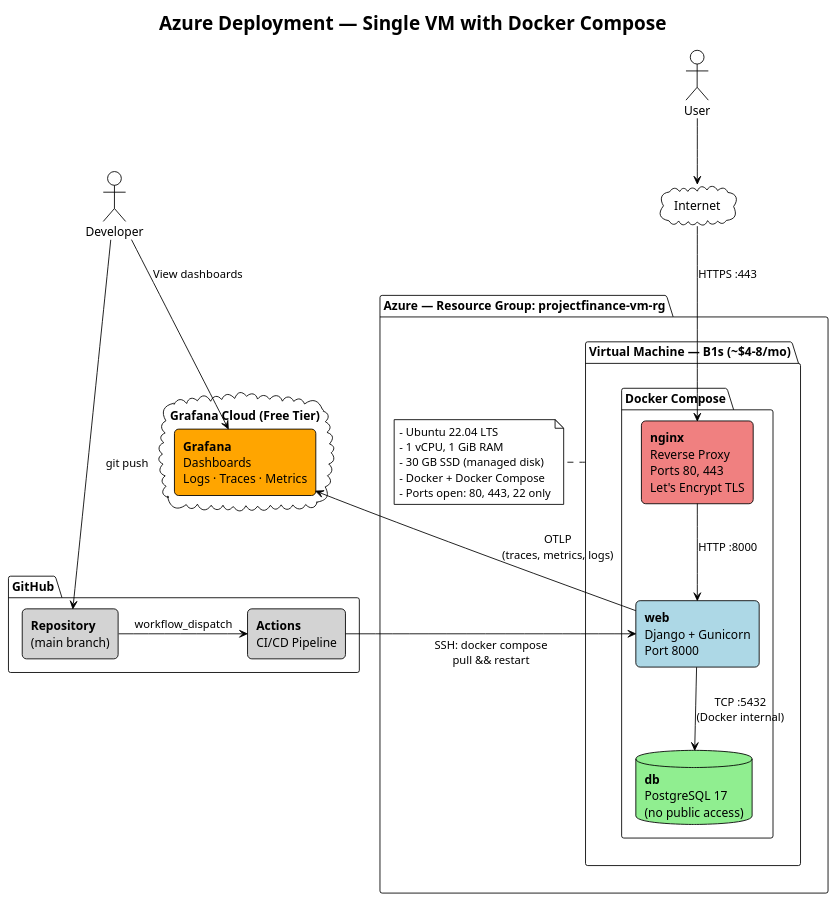
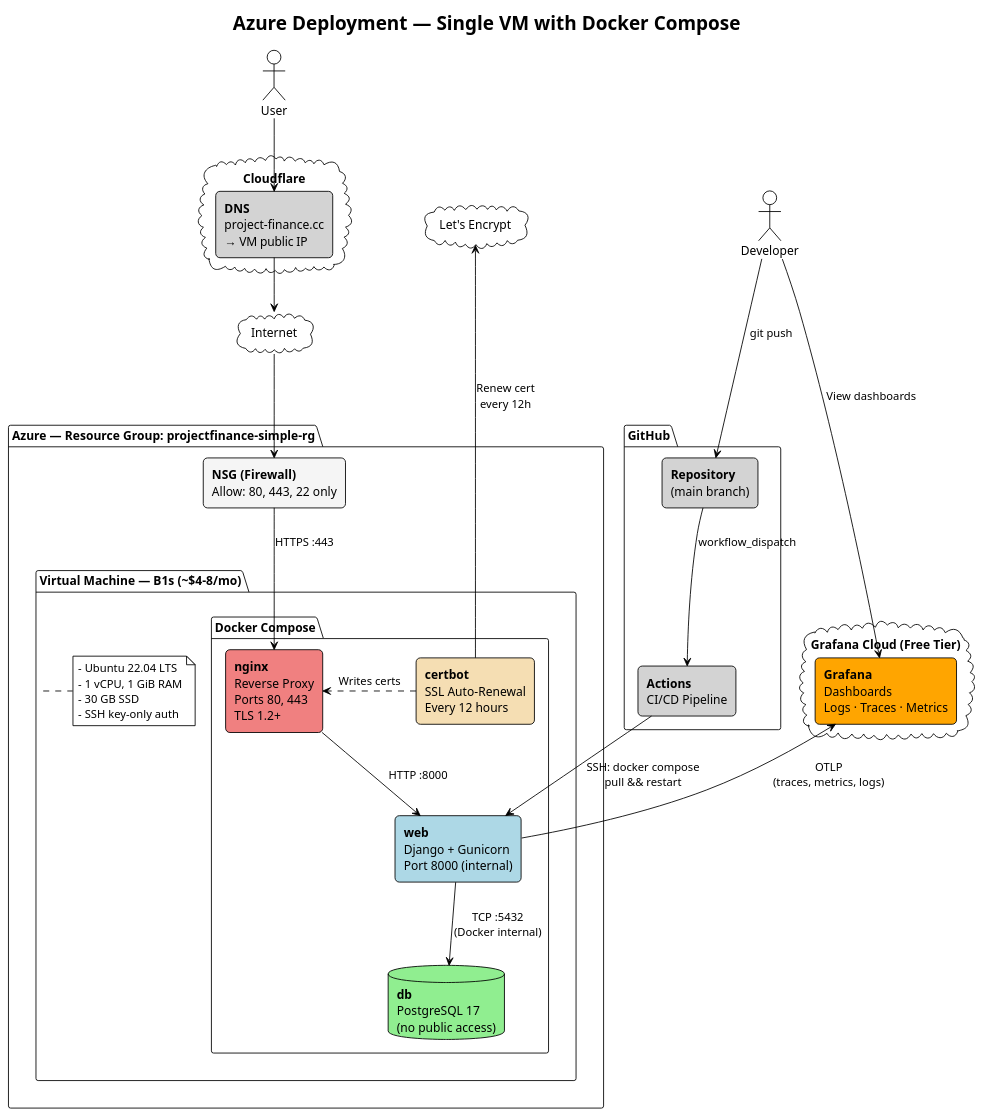
One commit to jcaraya93/ProjectFinance changed the diagram in docs/infrastructure/deploy-simple/azure-deployment-simple.puml. Above: the diagram before and after it, drawn with PlantUML.

Commit message:
Update simple deployment diagram with Certbot, Cloudflare DNS, and NSG

```diff
--- a/docs/infrastructure/deploy-simple/azure-deployment-simple.puml
+++ b/docs/infrastructure/deploy-simple/azure-deployment-simple.puml
@@ -1,58 +1,72 @@
 @startuml azure-deployment-simple
 !theme plain
 title Azure Deployment — Single VM with Docker Compose
 
 skinparam rectangle {
   RoundCorner 10
 }
 
 actor "User" as user
 actor "Developer" as dev
 
 cloud "Internet" as internet
 
 package "GitHub" {
   rectangle "**Repository**\n(main branch)" as repo #LightGray
   rectangle "**Actions**\nCI/CD Pipeline" as actions #LightGray
 }
 
 cloud "Grafana Cloud (Free Tier)" {
   rectangle "**Grafana**\nDashboards\nLogs · Traces · Metrics" as grafana #Orange
 }
 
-package "Azure — Resource Group: projectfinance-vm-rg" {
+cloud "Cloudflare" {
+  rectangle "**DNS**\nproject-finance.cc\n→ VM public IP" as dns #LightGray
+}
+
+cloud "Let's Encrypt" as letsencrypt
+
+package "Azure — Resource Group: projectfinance-simple-rg" {
+
+  rectangle "**NSG (Firewall)**\nAllow: 80, 443, 22 only" as nsg #WhiteSmoke
 
   package "Virtual Machine — B1s (~$4-8/mo)" as vm {
 
     package "Docker Compose" {
-      rectangle "**nginx**\nReverse Proxy\nPorts 80, 443\nLet's Encrypt TLS" as nginx #LightCoral
+      rectangle "**nginx**\nReverse Proxy\nPorts 80, 443\nTLS 1.2+" as nginx #LightCoral
 
-      rectangle "**web**\nDjango + Gunicorn\nPort 8000" as webapp #LightBlue
+      rectangle "**certbot**\nSSL Auto-Renewal\nEvery 12 hours" as certbot #Wheat
+
+      rectangle "**web**\nDjango + Gunicorn\nPort 8000 (internal)" as webapp #LightBlue
 
       database "**db**\nPostgreSQL 17\n(no public access)" as db #LightGreen
     }
+
+    note right of vm
+      - Ubuntu 22.04 LTS
+      - 1 vCPU, 1 GiB RAM
+      - 30 GB SSD
+      - SSH key-only auth
+    end note
   }
-
-  note right of vm
-    - Ubuntu 22.04 LTS
-    - 1 vCPU, 1 GiB RAM
-    - 30 GB SSD (managed disk)
-    - Docker + Docker Compose
-    - Ports open: 80, 443, 22 only
-  end note
 }
 
-user --> internet
-internet --> nginx : "HTTPS :443"
+user --> dns
+dns --> internet
+internet --> nsg
+nsg --> nginx : "HTTPS :443"
 
-dev -> repo : "git push"
-repo -> actions : "workflow_dispatch"
-actions -> webapp : "SSH: docker compose\npull && restart"
+dev ---> repo : "git push"
+dev ----> grafana : "View dashboards"
+
+repo --> actions : "workflow_dispatch"
+actions --> webapp : "SSH: docker compose\npull && restart"
 
 nginx --> webapp : "HTTP :8000"
 webapp --> db : "TCP :5432\n(Docker internal)"
 webapp -up-> grafana : "OTLP\n(traces, metrics, logs)"
+certbot -up---> letsencrypt : "Renew cert\nevery 12h"
+certbot .right.> nginx : "Writes certs"
 
-dev --> grafana : "View dashboards"
 
 @enduml
```
